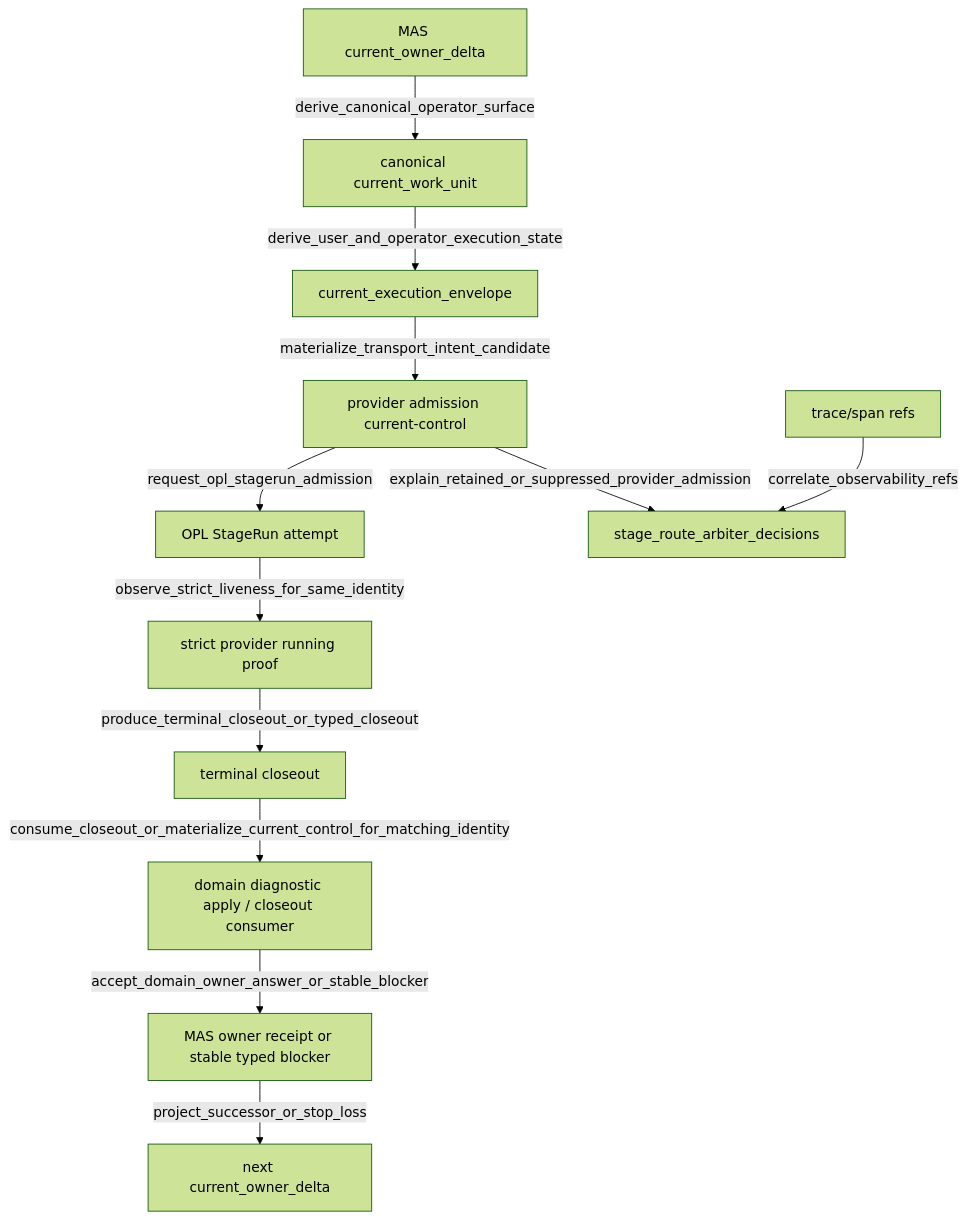
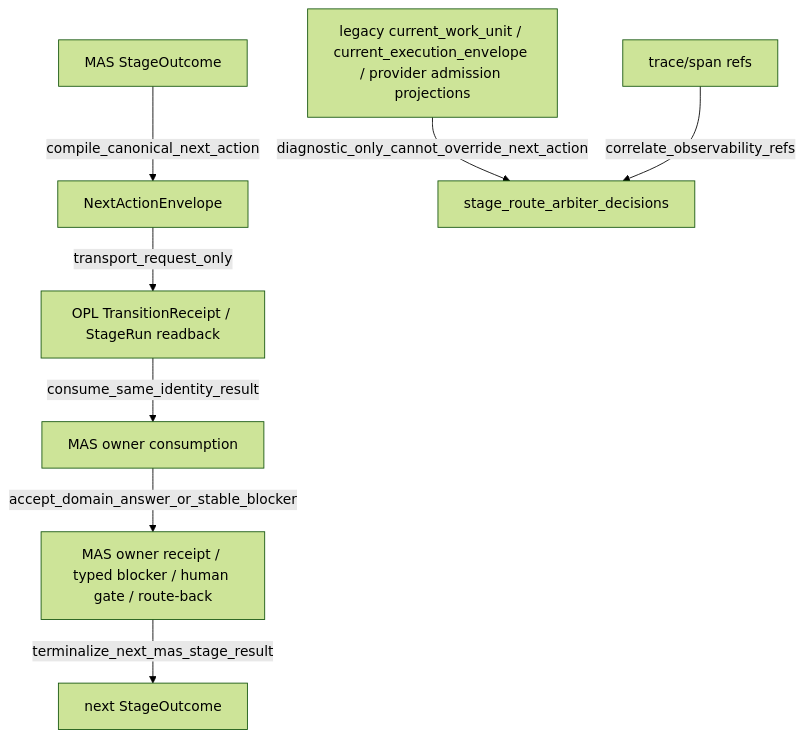
One commit to gaofeng21cn/med-autoscience changed the second of 2 diagrams in docs/runtime/contracts/stage_route_contract.md. Above: the diagram before and after it, drawn with Mermaid (forest theme). The commit also changed other lines of this file and 61 other files, not shown here.

Commit message:
Retire legacy NextAction producers

````diff
--- a/docs/runtime/contracts/stage_route_contract.md
+++ b/docs/runtime/contracts/stage_route_contract.md
@@ -278,14 +278,10 @@
 ```mermaid
 flowchart TD
-  current_owner_delta["MAS current_owner_delta"] -->|"derive_canonical_operator_surface"| current_work_unit["canonical current_work_unit"]
-  current_work_unit["canonical current_work_unit"] -->|"derive_user_and_operator_execution_state"| current_execution_envelope["current_execution_envelope"]
-  current_execution_envelope["current_execution_envelope"] -->|"materialize_transport_intent_candidate"| provider_admission_current_control["provider admission current-control"]
-  provider_admission_current_control["provider admission current-control"] -->|"request_opl_stagerun_admission"| opl_stage_run_attempt["OPL StageRun attempt"]
-  opl_stage_run_attempt["OPL StageRun attempt"] -->|"observe_strict_liveness_for_same_identity"| provider_running["strict provider running proof"]
-  provider_running["strict provider running proof"] -->|"produce_terminal_closeout_or_typed_closeout"| terminal_closeout["terminal closeout"]
-  terminal_closeout["terminal closeout"] -->|"consume_closeout_or_materialize_current_control_for_matching_identity"| domain_diagnostic_report_apply["domain diagnostic apply / closeout consumer"]
-  domain_diagnostic_report_apply["domain diagnostic apply / closeout consumer"] -->|"accept_domain_owner_answer_or_stable_blocker"| mas_owner_receipt_or_typed_blocker["MAS owner receipt or stable typed blocker"]
-  mas_owner_receipt_or_typed_blocker["MAS owner receipt or stable typed blocker"] -->|"project_successor_or_stop_loss"| next_current_owner_delta["next current_owner_delta"]
-  provider_admission_current_control["provider admission current-control"] -->|"explain_retained_or_suppressed_provider_admission"| stage_route_arbiter_decisions["stage_route_arbiter_decisions"]
+  stage_outcome["MAS StageOutcome"] -->|"compile_canonical_next_action"| next_action_envelope["NextActionEnvelope"]
+  next_action_envelope["NextActionEnvelope"] -->|"transport_request_only"| opl_transition_receipt["OPL TransitionReceipt / StageRun readback"]
+  opl_transition_receipt["OPL TransitionReceipt / StageRun readback"] -->|"consume_same_identity_result"| mas_owner_consumption["MAS owner consumption"]
+  mas_owner_consumption["MAS owner consumption"] -->|"accept_domain_answer_or_stable_blocker"| mas_owner_receipt_or_typed_blocker["MAS owner receipt / typed blocker / human gate / route-back"]
+  mas_owner_receipt_or_typed_blocker["MAS owner receipt / typed blocker / human gate / route-back"] -->|"terminalize_next_mas_stage_result"| next_stage_outcome["next StageOutcome"]
+  legacy_diagnostics["legacy current_work_unit / current_execution_envelope / provider admission projections"] -->|"diagnostic_only_cannot_override_next_action"| stage_route_arbiter_decisions["stage_route_arbiter_decisions"]
   trace_span_refs["trace/span refs"] -->|"correlate_observability_refs"| stage_route_arbiter_decisions["stage_route_arbiter_decisions"]
 ```
````
